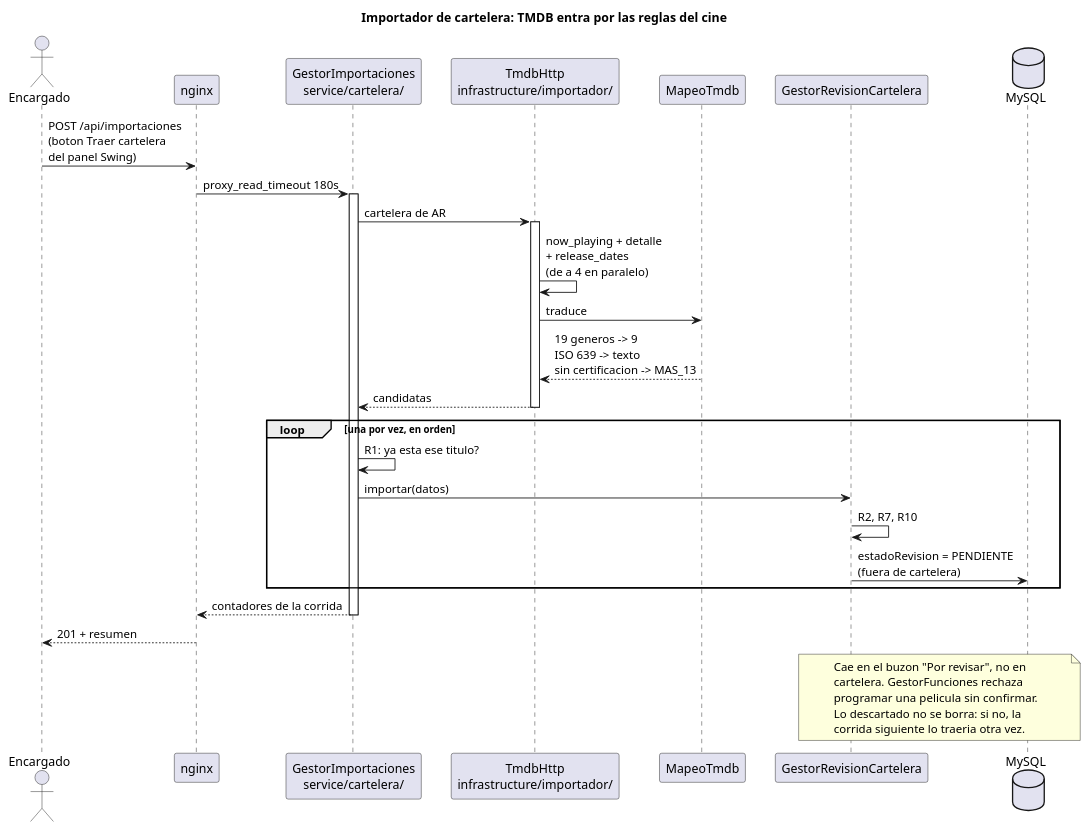
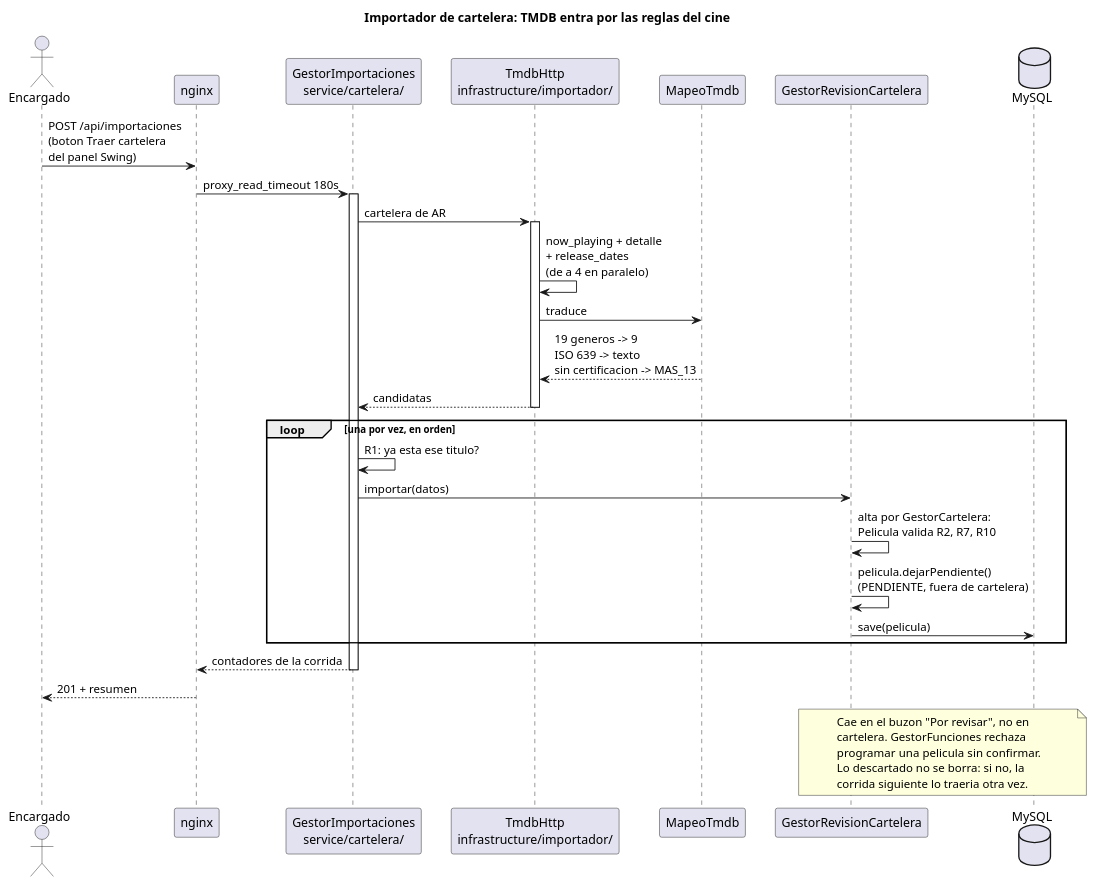
Before and after one commit to andreiveisuade/cine-uade: the diagram in _other/docs/diagramas/importador-flujo.puml, drawn with PlantUML. The commit also changed 20 other files, not shown here.

First line of the commit message:
docs: manual y diagramas al dia con el refactor de solid y grasp

```diff
--- a/_other/docs/diagramas/importador-flujo.puml
+++ b/_other/docs/diagramas/importador-flujo.puml
@@ -1,47 +1,48 @@
 @startuml importador-flujo
 title Importador de cartelera: TMDB entra por las reglas del cine
 
 skinparam sequenceMessageAlign left
 skinparam maxMessageSize 200
 skinparam ParticipantPadding 12
 
 actor "Encargado" as E
 participant "nginx" as NG
 participant "GestorImportaciones\nservice/cartelera/" as GI
 participant "TmdbHttp\ninfrastructure/importador/" as TM
 participant "MapeoTmdb" as MAP
 participant "GestorRevisionCartelera" as GR
 database MySQL as DB
 
 E -> NG : POST /api/importaciones\n(boton Traer cartelera\ndel panel Swing)
 NG -> GI : proxy_read_timeout 180s
 activate GI
 
 GI -> TM : cartelera de AR
 activate TM
 TM -> TM : now_playing + detalle\n+ release_dates\n(de a 4 en paralelo)
 TM -> MAP : traduce
 MAP --> TM : 19 generos -> 9\nISO 639 -> texto\nsin certificacion -> MAS_13
 TM --> GI : candidatas
 deactivate TM
 
 loop una por vez, en orden
   GI -> GI : R1: ya esta ese titulo?
   GI -> GR : importar(datos)
-  GR -> GR : R2, R7, R10
-  GR -> DB : estadoRevision = PENDIENTE\n(fuera de cartelera)
+  GR -> GR : alta por GestorCartelera:\nPelicula valida R2, R7, R10
+  GR -> GR : pelicula.dejarPendiente()\n(PENDIENTE, fuera de cartelera)
+  GR -> DB : save(pelicula)
 end
 
 GI --> NG : contadores de la corrida
 deactivate GI
 NG --> E : 201 + resumen
 
 note over GR, DB
   Cae en el buzon "Por revisar", no en
   cartelera. GestorFunciones rechaza
   programar una pelicula sin confirmar.
   Lo descartado no se borra: si no, la
   corrida siguiente lo traeria otra vez.
 end note
 
 @enduml
```
